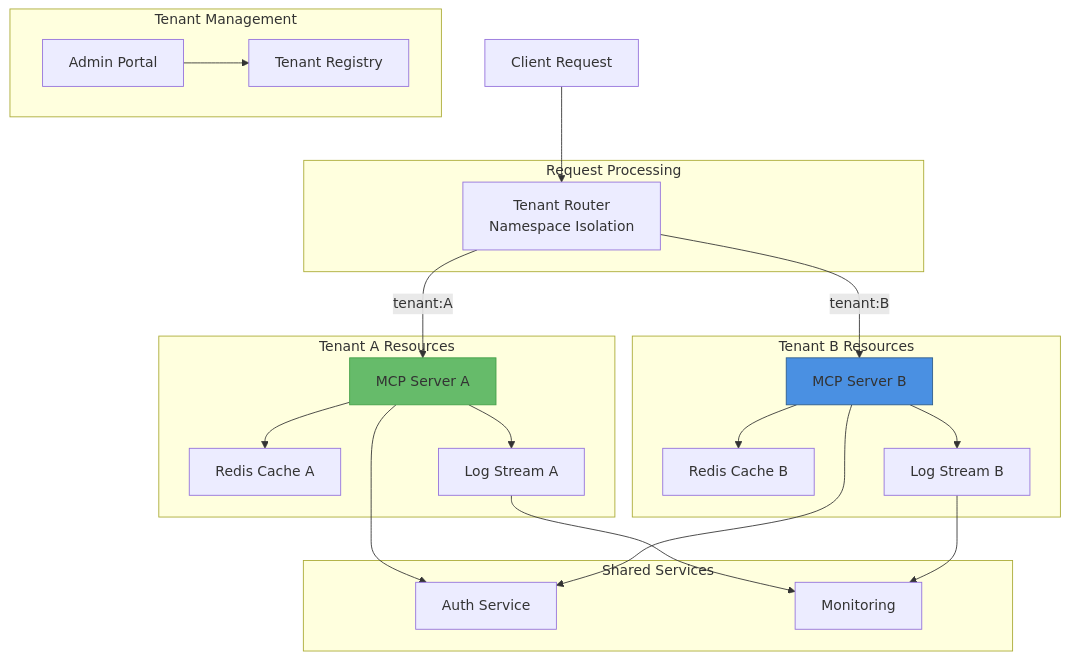
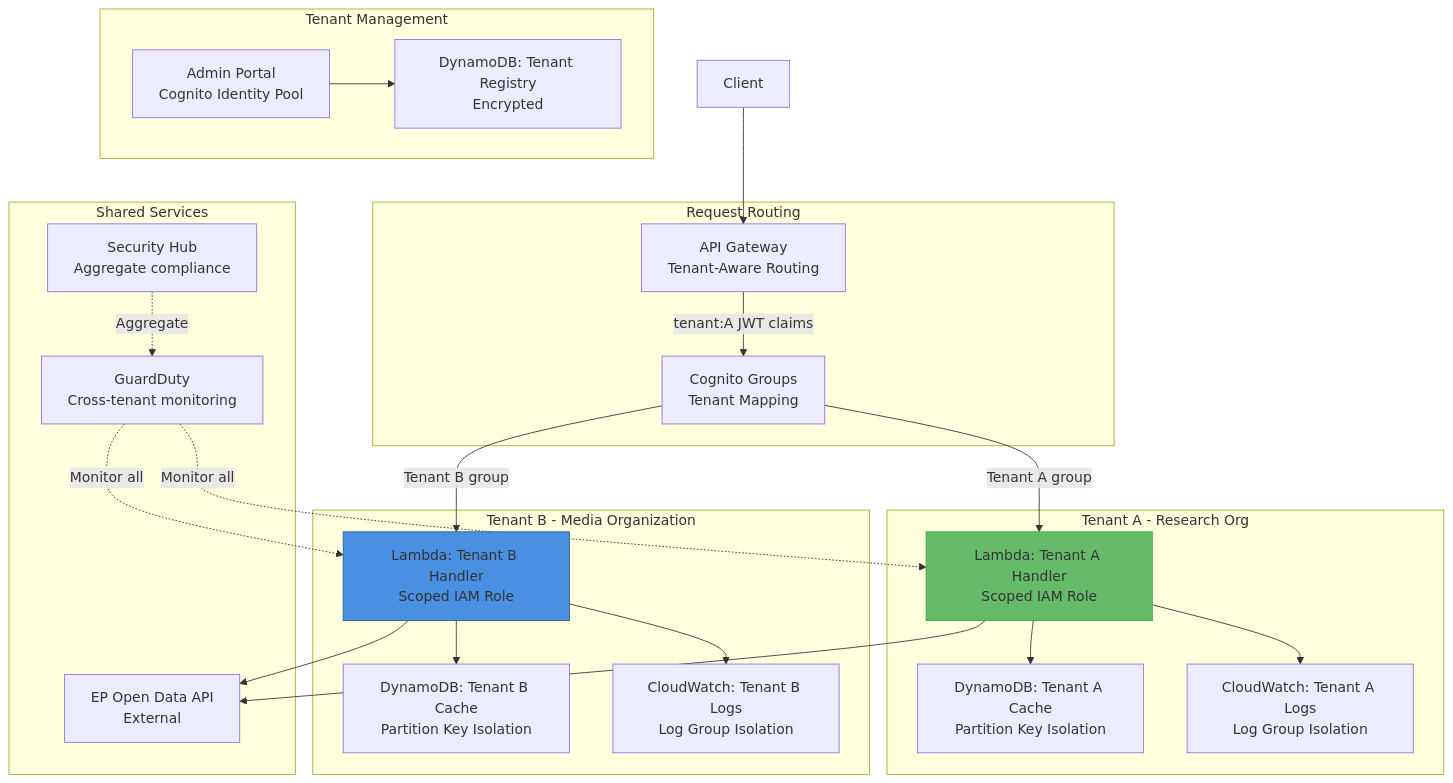
One commit to Hack23/European-Parliament-MCP-Server changed the ninth of 19 diagrams in FUTURE_SECURITY_ARCHITECTURE.md. Above: the diagram before and after it, drawn with Mermaid. The commit also changed other lines of this file, not shown here.

Commit message:
docs: expand FUTURE_SECURITY_ARCHITECTURE.md with all missing mandatory sections

````diff
--- a/FUTURE_SECURITY_ARCHITECTURE.md
+++ b/FUTURE_SECURITY_ARCHITECTURE.md
@@ -504,48 +798,51 @@
 ```mermaid
 graph TB
     subgraph "Tenant Management"
-        PORTAL[Admin Portal]
-        TENANT_DB[Tenant Registry]
+        PORTAL[Admin Portal<br/>Cognito Identity Pool]
+        TENANT_DB[DynamoDB: Tenant Registry<br/>Encrypted]
     end
-    
-    subgraph "Request Processing"
-        ROUTER[Tenant Router<br/>Namespace Isolation]
+
+    subgraph "Request Routing"
+        APIGW[API Gateway<br/>Tenant-Aware Routing]
+        COGNITO[Cognito Groups<br/>Tenant Mapping]
     end
-    
-    subgraph "Tenant A Resources"
-        APP_A[MCP Server A]
-        CACHE_A[Redis Cache A]
-        LOGS_A[Log Stream A]
+
+    subgraph "Tenant A - Research Org"
+        L_A[Lambda: Tenant A Handler<br/>Scoped IAM Role]
+        DDB_A[DynamoDB: Tenant A Cache<br/>Partition Key Isolation]
+        CW_A[CloudWatch: Tenant A Logs<br/>Log Group Isolation]
     end
-    
-    subgraph "Tenant B Resources"
-        APP_B[MCP Server B]
-        CACHE_B[Redis Cache B]
-        LOGS_B[Log Stream B]
+
+    subgraph "Tenant B - Media Organization"
+        L_B[Lambda: Tenant B Handler<br/>Scoped IAM Role]
+        DDB_B[DynamoDB: Tenant B Cache<br/>Partition Key Isolation]
+        CW_B[CloudWatch: Tenant B Logs<br/>Log Group Isolation]
     end
-    
+
     subgraph "Shared Services"
-        AUTH[Auth Service]
-        MONITOR[Monitoring]
+        EP_API[EP Open Data API<br/>External]
+        GD[GuardDuty<br/>Cross-tenant monitoring]
+        SH[Security Hub<br/>Aggregate compliance]
     end
-    
+
     PORTAL --> TENANT_DB
-    CLIENT[Client Request] --> ROUTER
-    
-    ROUTER -->|tenant:A| APP_A
-    ROUTER -->|tenant:B| APP_B
-    
-    APP_A --> CACHE_A
-    APP_A --> LOGS_A
-    APP_A --> AUTH
-    
-    APP_B --> CACHE_B
-    APP_B --> LOGS_B
-    APP_B --> AUTH
-    
-    LOGS_A --> MONITOR
-    LOGS_B --> MONITOR
-    
-    style APP_A fill:#66BB6A,stroke:#43A047
-    style APP_B fill:#4A90E2,stroke:#2E5C8A
+    CLIENT[Client] --> APIGW
+    APIGW -->|tenant:A JWT claims| COGNITO
+    COGNITO -->|Tenant A group| L_A
+    COGNITO -->|Tenant B group| L_B
+
+    L_A --> DDB_A
+    L_A --> CW_A
+    L_A --> EP_API
+
+    L_B --> DDB_B
+    L_B --> CW_B
+    L_B --> EP_API
+
+    GD -.->|Monitor all| L_A
+    GD -.->|Monitor all| L_B
+    SH -.->|Aggregate| GD
+
+    style L_A fill:#66BB6A,stroke:#43A047
+    style L_B fill:#4A90E2,stroke:#2E5C8A
 ```
````
